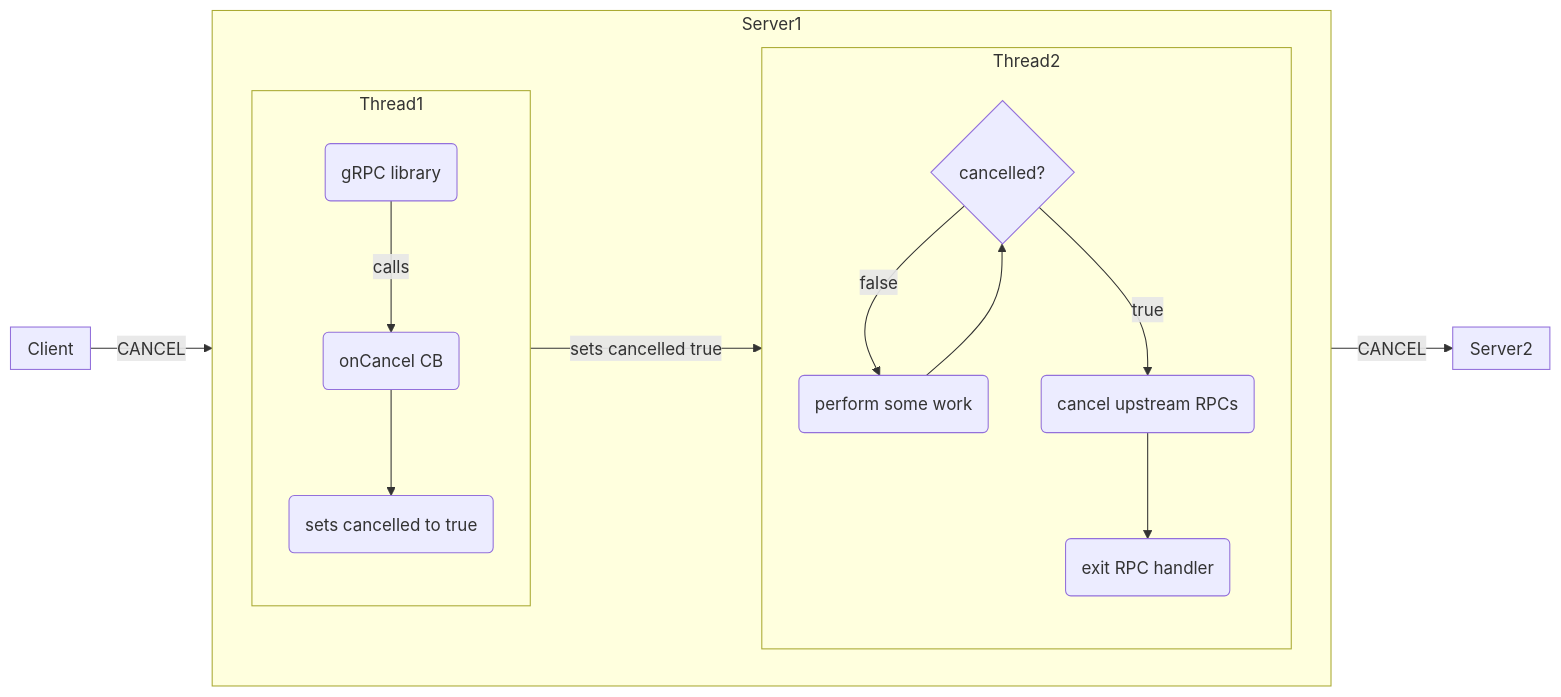
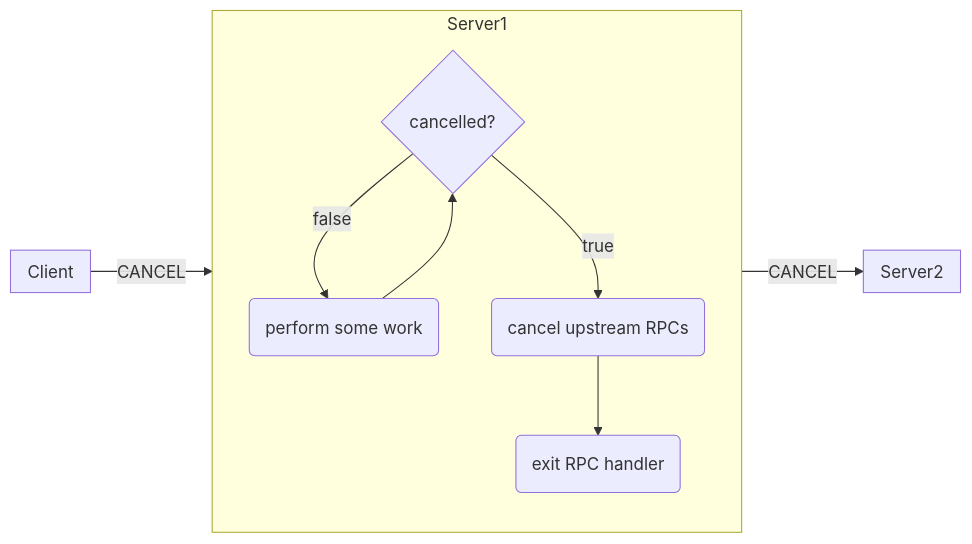
One commit to grpc/grpc.io changed the second of 2 diagrams in content/en/docs/guides/cancellation.md. Above: the diagram before and after it, drawn with Mermaid. The commit also changed other lines of this file, not shown here.

````diff
--- a/content/en/docs/guides/cancellation.md
+++ b/content/en/docs/guides/cancellation.md
@@ -67,26 +47,17 @@
 ```mermaid
 flowchart LR
   subgraph Client
   end
   subgraph Server1
-    direction LR
-    subgraph Thread1
-      direction TB
-      grpc("gRPC library") -->|calls| cb("onCancel CB")
-      cb --> set("sets cancelled to true")
-    end
-    subgraph Thread2
-      direction TB
-      cancelled{cancelled?} -->|false| perform("perform some work")
-      perform --> cancelled
-      cancelled -->|true| cleanup("cancel upstream RPCs")
-      cleanup --> exit("exit RPC handler")
-    end
-    Thread1 -->|sets cancelled true| Thread2
+    direction TB
+    cancelled{cancelled?} -->|false| perform("perform some work")
+    perform --> cancelled
+    cancelled -->|true| cleanup("cancel upstream RPCs")
+    cleanup --> exit("exit RPC handler")
   end
   subgraph Server2
   end
 
   Client -->|CANCEL| Server1
   Server1 -->|CANCEL| Server2
 ```
````
